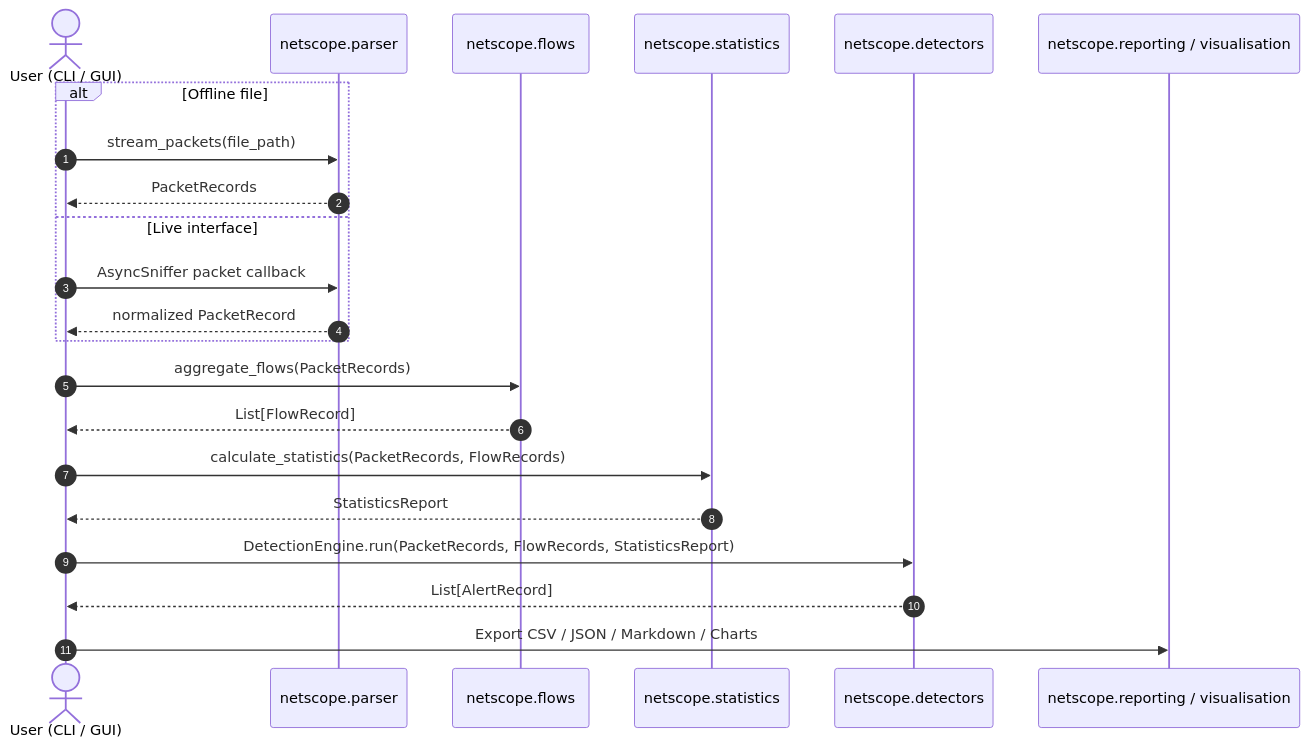
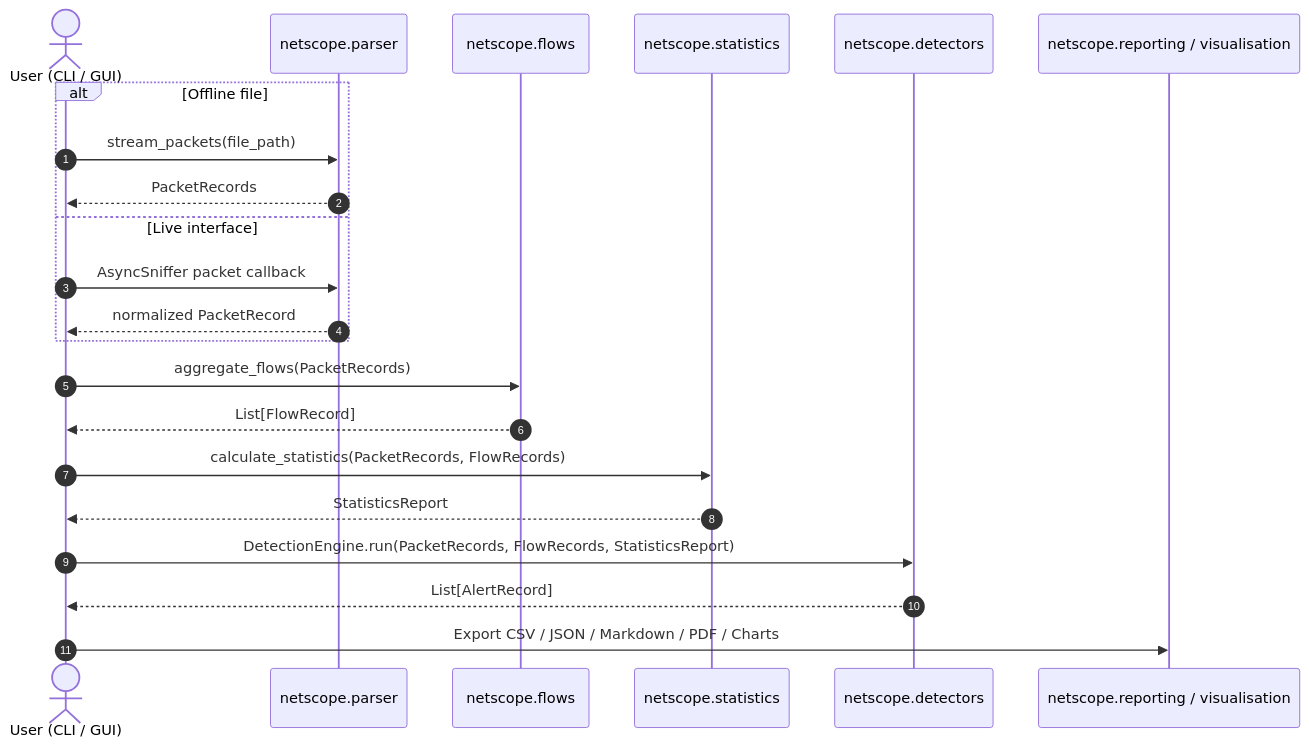
Before and after one commit to kavni-29/netscope: the diagram in docs/architecture.md, drawn with Mermaid. The commit also changed other lines of this file and 13 other files, not shown here.

````diff
--- a/docs/architecture.md
+++ b/docs/architecture.md
@@ -53,25 +53,25 @@
 ```mermaid
 sequenceDiagram
     autonumber
     actor User as User (CLI / GUI)
     participant Parser as netscope.parser
     participant FlowEngine as netscope.flows
     participant StatsEngine as netscope.statistics
     participant DetectEngine as netscope.detectors
     participant Reporting as netscope.reporting / visualisation
 
     alt Offline file
         User->>Parser: stream_packets(file_path)
         Parser-->>User: PacketRecords
     else Live interface
         User->>Parser: AsyncSniffer packet callback
         Parser-->>User: normalized PacketRecord
     end
     User->>FlowEngine: aggregate_flows(PacketRecords)
     FlowEngine-->>User: List[FlowRecord]
     User->>StatsEngine: calculate_statistics(PacketRecords, FlowRecords)
     StatsEngine-->>User: StatisticsReport
     User->>DetectEngine: DetectionEngine.run(PacketRecords, FlowRecords, StatisticsReport)
     DetectEngine-->>User: List[AlertRecord]
-    User->>Reporting: Export CSV / JSON / Markdown / Charts
+    User->>Reporting: Export CSV / JSON / Markdown / PDF / Charts
 ```
````
